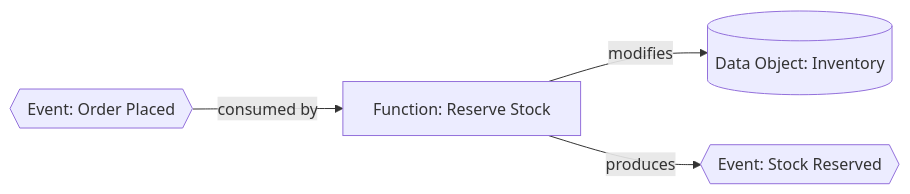
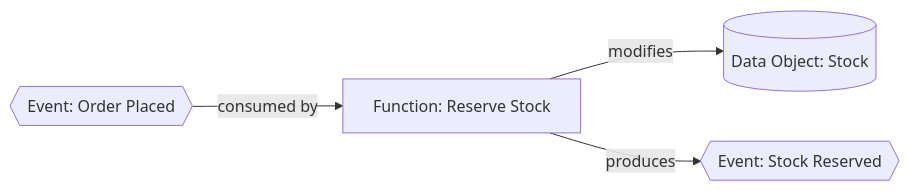
One commit to mykhailo-kulish/contour changed the fifth of 7 diagrams in contour.md. Above: the diagram before and after it, drawn with Mermaid. The commit also changed other lines of this file and 20 other files, not shown here.

````diff
--- a/contour.md
+++ b/contour.md
@@ -463,6 +855,6 @@
 ```mermaid
 graph LR
     OrderPlaced{{Event: Order Placed}} -->|consumed by| ReserveStock[Function: Reserve Stock]
-    ReserveStock -->|modifies| Inventory[(Data Object: Inventory)]
+    ReserveStock -->|modifies| Stock[(Data Object: Stock)]
     ReserveStock -->|produces| StockReserved{{Event: Stock Reserved}}
 ```
````
